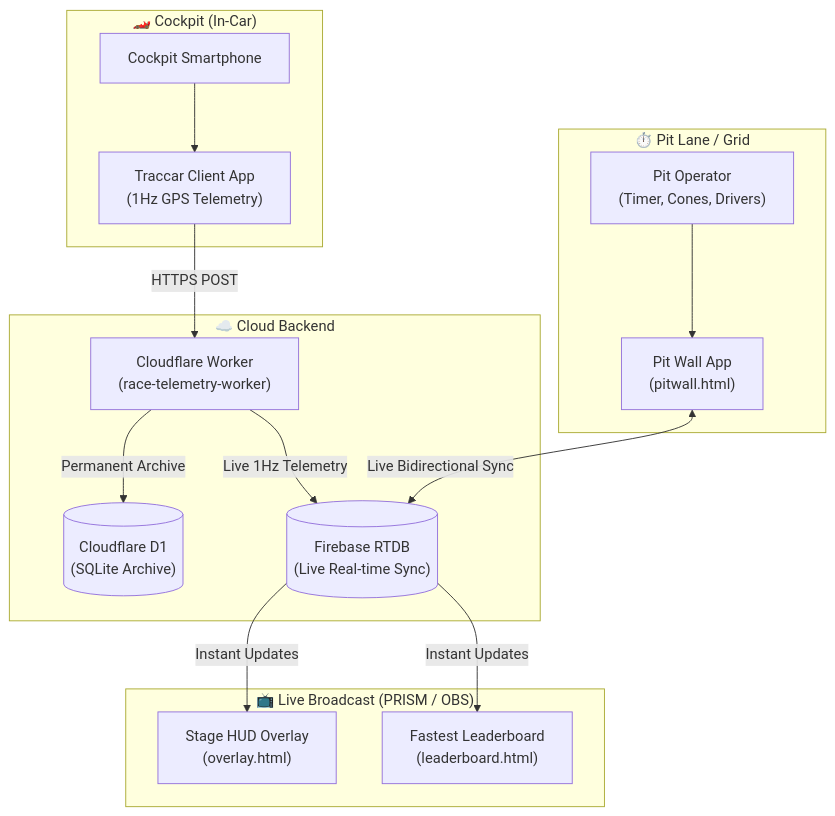
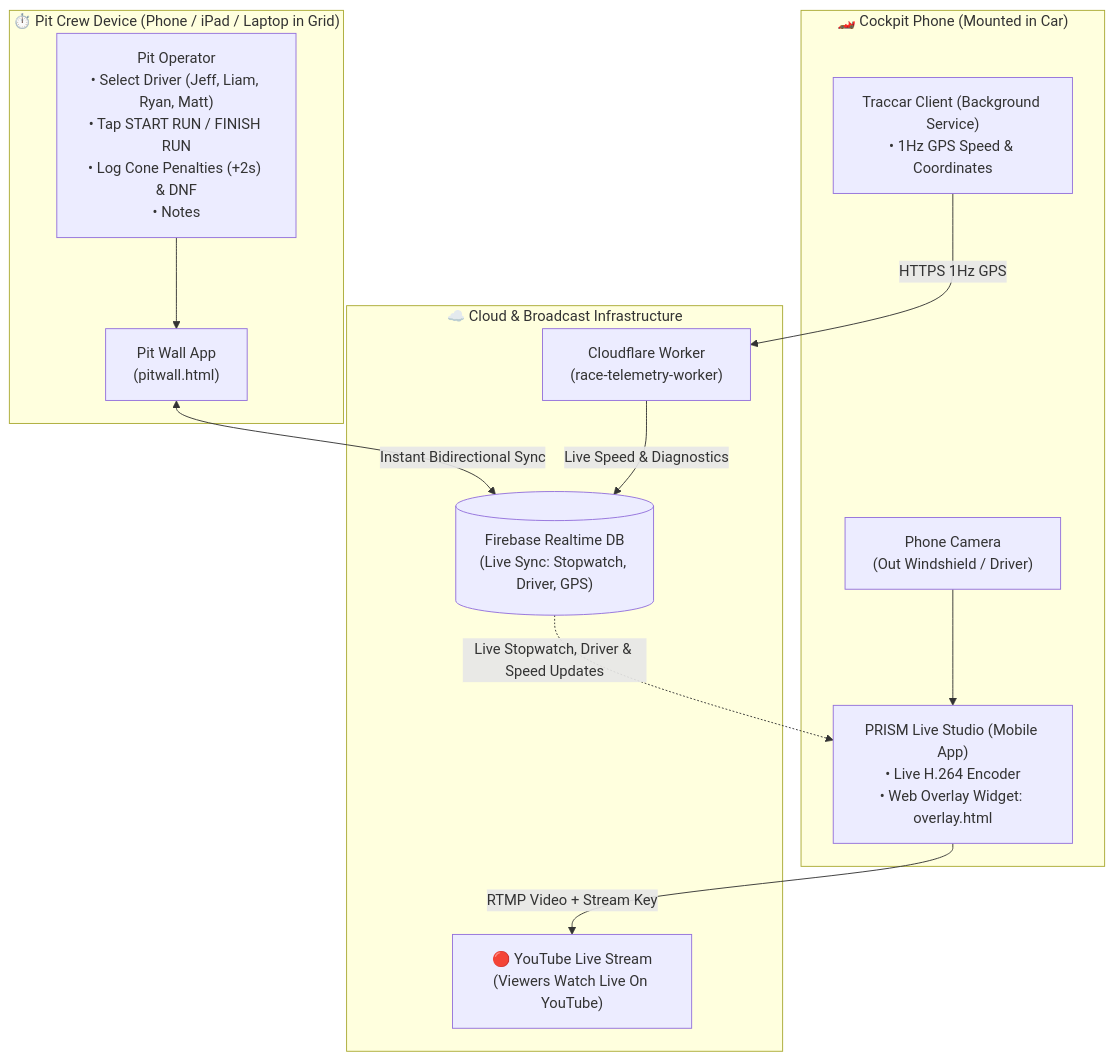
The diagram in SETUP_GUIDE.md (BreadCrowns/race-telemetry), drawn with Mermaid before and after one commit. The commit also changed other lines of this file, not shown here.

Commit message:
Update SETUP_GUIDE.md for in-car PRISM mobile streaming to YouTube with stream key

````diff
--- a/SETUP_GUIDE.md
+++ b/SETUP_GUIDE.md
@@ -20,32 +21,29 @@
 ```mermaid
 flowchart TD
-    subgraph Car ["🏎️ Cockpit (In-Car)"]
-        Phone["Cockpit Smartphone"]
-        Traccar["Traccar Client App\n(1Hz GPS Telemetry)"]
-        Phone --> Traccar
+    subgraph Cockpit ["🏎️ Cockpit Phone (Mounted in Car)"]
+        Cam["Phone Camera\n(Out Windshield / Driver)"]
+        Prism["PRISM Live Studio (Mobile App)\n• Live H.264 Encoder\n• Web Overlay Widget: overlay.html"]
+        Traccar["Traccar Client (Background Service)\n• 1Hz GPS Speed & Coordinates"]
+        
+        Cam --> Prism
     end
 
-    subgraph Cloud ["☁️ Cloud Backend"]
+    subgraph Cloud ["☁️ Cloud & Broadcast Infrastructure"]
+        YT["🔴 YouTube Live Stream\n(Viewers Watch Live On YouTube)"]
         CF["Cloudflare Worker\n(race-telemetry-worker)"]
-        D1[("Cloudflare D1\n(SQLite Archive)")]
-        Firebase[("Firebase RTDB\n(Live Real-time Sync)")]
+        Firebase[("Firebase Realtime DB\n(Live Sync: Stopwatch, Driver, GPS)")]
         
-        Traccar -->|HTTPS POST| CF
-        CF -->|Permanent Archive| D1
-        CF -->|Live 1Hz Telemetry| Firebase
+        Prism -->|RTMP Video + Stream Key| YT
+        Traccar -->|HTTPS 1Hz GPS| CF
+        CF -->|Live Speed & Diagnostics| Firebase
     end
 
-    subgraph Pitwall ["⏱️ Pit Lane / Grid"]
+    subgraph Pitwall ["⏱️ Pit Crew Device (Phone / iPad / Laptop in Grid)"]
         Pit["Pit Wall App\n(pitwall.html)"]
-        Operator["Pit Operator\n(Timer, Cones, Drivers)"]
+        Operator["Pit Operator\n• Select Driver (Jeff, Liam, Ryan, Matt)\n• Tap START RUN / FINISH RUN\n• Log Cone Penalties (+2s) & DNF\n• Notes"]
         Operator --> Pit
-        Pit <-->|Live Bidirectional Sync| Firebase
+        Pit <-->|Instant Bidirectional Sync| Firebase
     end
 
-    subgraph Stream ["📺 Live Broadcast (PRISM / OBS)"]
-        HUD["Stage HUD Overlay\n(overlay.html)"]
-        Board["Fastest Leaderboard\n(leaderboard.html)"]
-        Firebase -->|Instant Updates| HUD
-        Firebase -->|Instant Updates| Board
-    end
+    Firebase -.->|Live Stopwatch, Driver & Speed Updates| Prism
 ```
````
